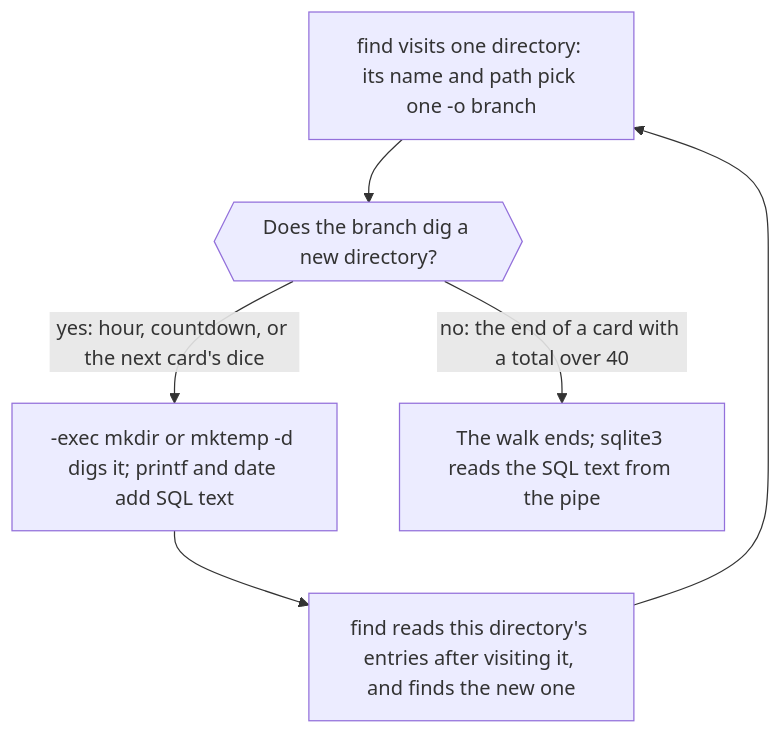
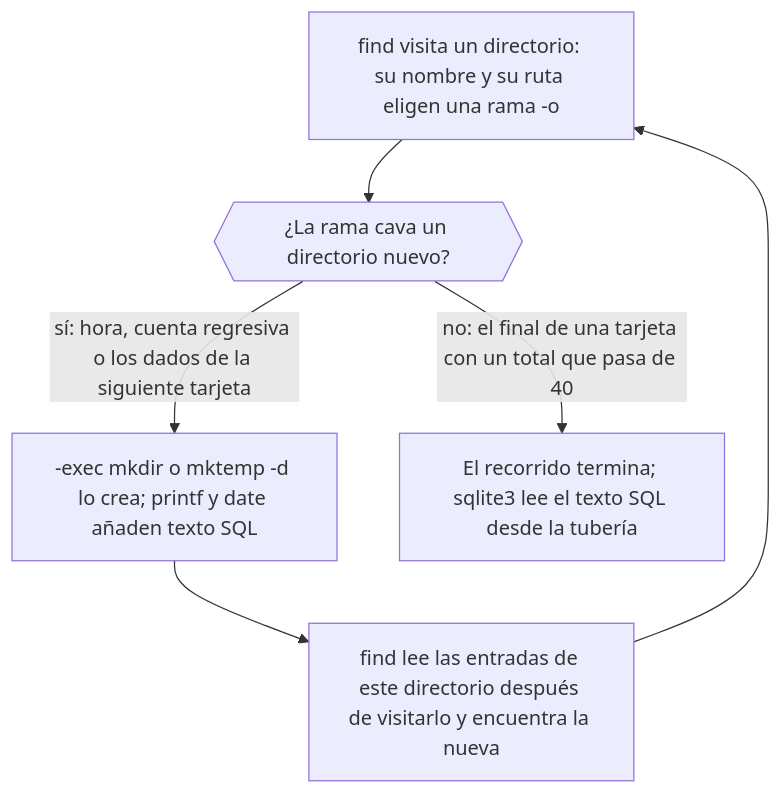
The diagram in src/find-posix/README.md (dullroar/aprende-a-programar-como-un-bicho-raro), drawn with Mermaid before and after one commit. The commit also changed other lines of this file and 14 other files, not shown here.

Commit message:
loop(P4-src-7): find-posix, forth-weird READMEs translated (129 segments); forth pilot verified; comma, NBSP, spelled-out number, unit and gloss fixes, verb-build and identifier waivers

````diff
--- a/src/find-posix/README.md
+++ b/src/find-posix/README.md
@@ -62,10 +62,10 @@
 ```mermaid
 flowchart TD
-    accTitle: find-posix: find walks into the directories that its own -exec just made
-    accDescr: A flowchart. find visits a directory. A chain of -o branches, chosen by the directory name and path, runs exactly one branch. Most branches run an exec that digs one new directory below the current one, and print part of an SQL statement. After visiting a directory, find reads its entries, so it finds the new directory and visits it next. At the end of a card where the total is 40 or less, the branch digs the next card's dice directory. At the end of a card where the total is over 40, the branch digs nothing. The walk then ends, and sqlite3 reads the SQL text that find printed.
-    A["find visits one directory: its name and path pick one -o branch"] --> B{{"Does the branch dig a new directory?"}}
-    B -->|"yes: hour, countdown, or the next card's dice"| C["-exec mkdir or mktemp -d digs it; printf and date add SQL text"]
-    C --> D["find reads this directory's entries after visiting it, and finds the new one"]
+    accTitle: find-posix: `find` recorre los directorios que su propio `-exec` acaba de crear
+    accDescr: Un diagrama de flujo. find visita un directorio. Una cadena de ramas -o ejecuta exactamente una rama, elegida según el nombre y la ruta del directorio. La mayoría de las ramas ejecutan un exec que crea un directorio nuevo un nivel por debajo del actual e imprimen parte de una sentencia SQL. Después de visitar un directorio, find lee sus entradas; así encuentra el directorio nuevo y lo visita a continuación. Al final de una tarjeta cuyo total no pasa de 40, la rama crea el directorio de dados de la tarjeta siguiente. Al final de una tarjeta cuyo total pasa de 40, la rama no crea ningún directorio. Entonces el recorrido termina y sqlite3 lee el texto SQL que find imprimió.
+    A["find visita un directorio: su nombre y su ruta eligen una rama -o"] --> B{{"¿La rama cava un directorio nuevo?"}}
+    B -->|"sí: hora, cuenta regresiva o los dados de la siguiente tarjeta"| C["-exec mkdir o mktemp -d lo crea; printf y date añaden texto SQL"]
+    C --> D["find lee las entradas de este directorio después de visitarlo y encuentra la nueva"]
     D --> A
-    B -->|"no: the end of a card with a total over 40"| E["The walk ends; sqlite3 reads the SQL text from the pipe"]
+    B -->|"no: el final de una tarjeta con un total que pasa de 40"| E["El recorrido termina; sqlite3 lee el texto SQL desde la tubería"]
 ```
````
